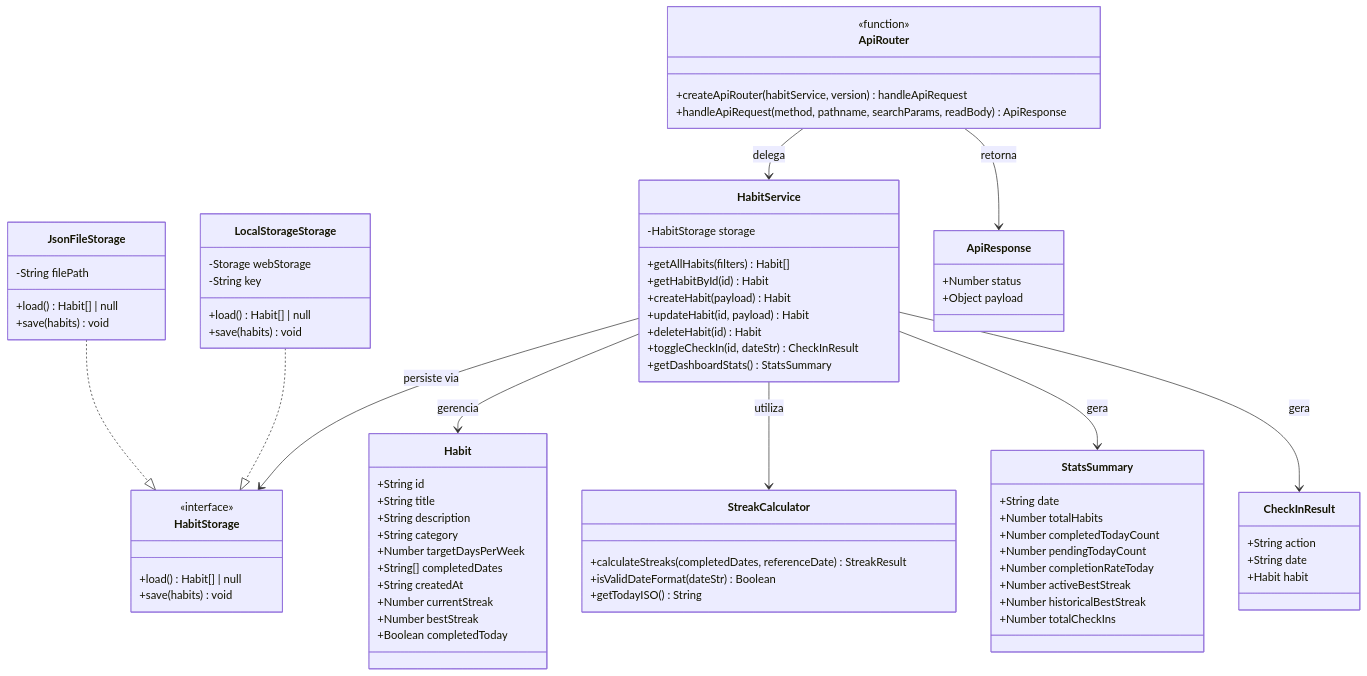
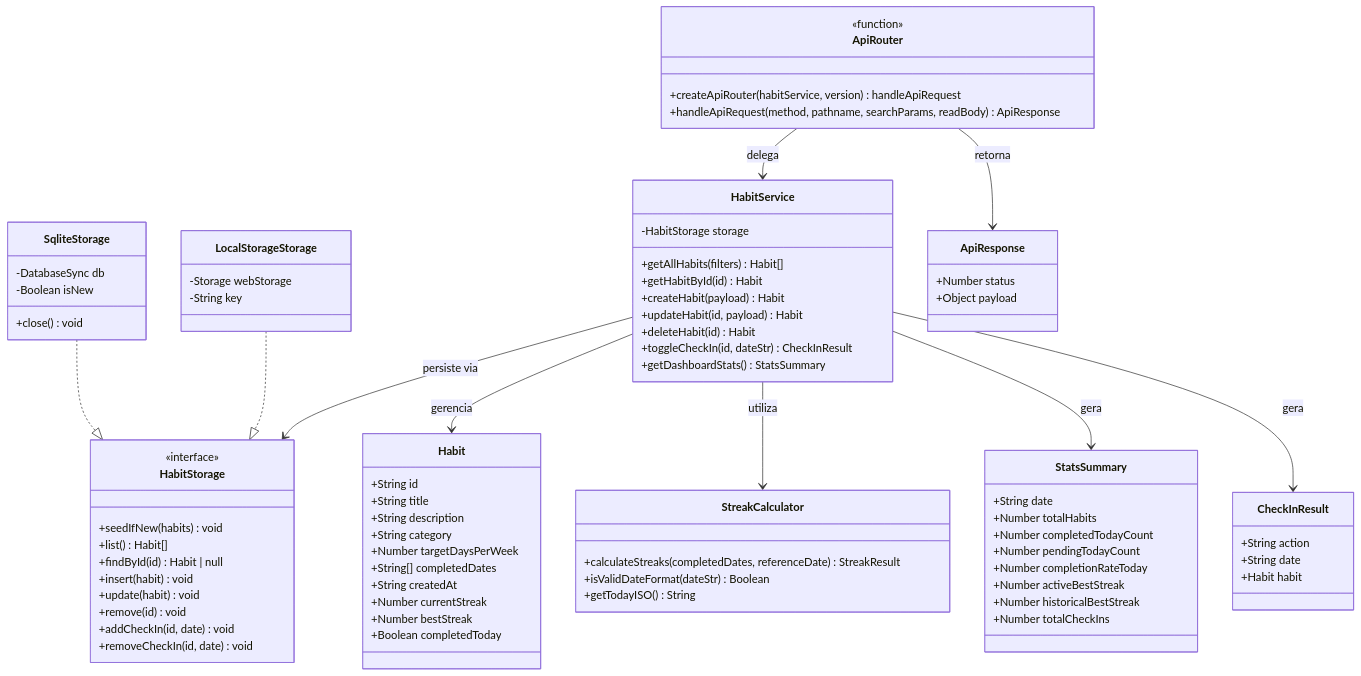
One commit to Molimpion/habit-tracker changed the third of 4 diagrams in docs/arquitetura-e-diagramas.md. Above: the diagram before and after it, drawn with Mermaid. The commit also changed other lines of this file and 3 other files, not shown here.

```diff
--- a/docs/arquitetura-e-diagramas.md
+++ b/docs/arquitetura-e-diagramas.md
@@ -92,21 +92,25 @@
 
     class HabitStorage {
         <<interface>>
-        +load() Habit[] | null
-        +save(habits) void
+        +seedIfNew(habits) void
+        +list() Habit[]
+        +findById(id) Habit | null
+        +insert(habit) void
+        +update(habit) void
+        +remove(id) void
+        +addCheckIn(id, date) void
+        +removeCheckIn(id, date) void
     }
 
-    class JsonFileStorage {
-        -String filePath
-        +load() Habit[] | null
-        +save(habits) void
+    class SqliteStorage {
+        -DatabaseSync db
+        -Boolean isNew
+        +close() void
     }
 
     class LocalStorageStorage {
         -Storage webStorage
         -String key
-        +load() Habit[] | null
-        +save(habits) void
     }
 
     class HabitService {
@@ -154,7 +158,7 @@
         +Number totalCheckIns
     }
 
-    JsonFileStorage ..|> HabitStorage
+    SqliteStorage ..|> HabitStorage
     LocalStorageStorage ..|> HabitStorage
     HabitService --> HabitStorage : persiste via
     HabitService --> Habit : gerencia
```
